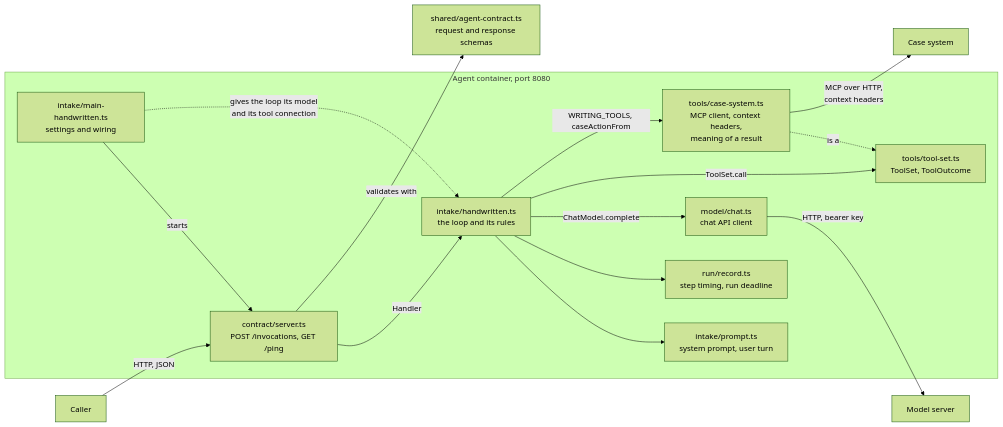
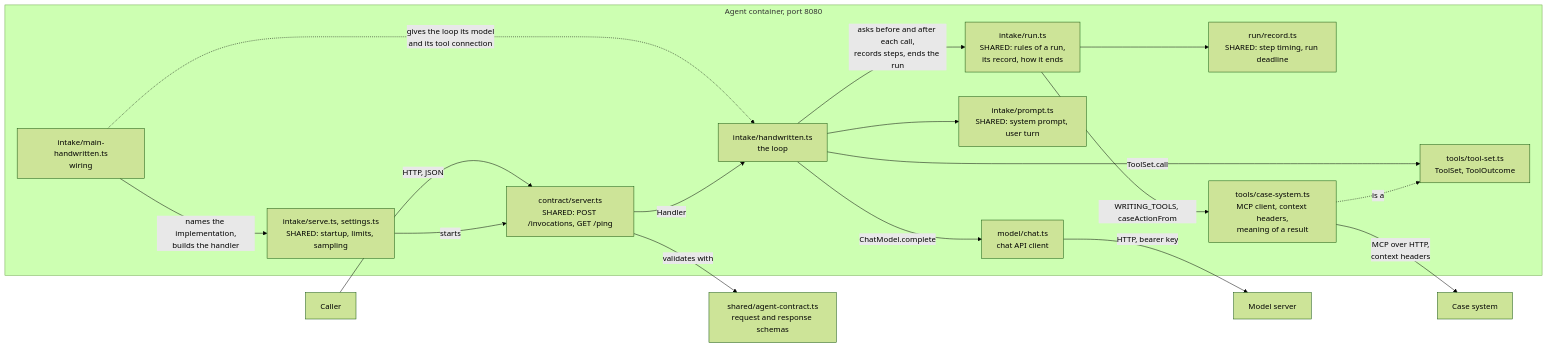
The first of 4 diagrams in docs/architecture/intake-agent-handwritten.md (AndrewPHunter/ai-on-aws), drawn with Mermaid (forest theme) before and after one commit. The commit also changed other lines of this file and 27 other files, not shown here.

````diff
--- a/docs/architecture/intake-agent-handwritten.md
+++ b/docs/architecture/intake-agent-handwritten.md
@@ -20,33 +22,37 @@
 ```mermaid
 flowchart LR
     Caller["Caller"]
 
     subgraph Agent["Agent container, port 8080"]
-        Main["intake/main-handwritten.ts<br/>settings and wiring"]
-        Server["contract/server.ts<br/>POST /invocations, GET /ping"]
-        Loop["intake/handwritten.ts<br/>the loop and its rules"]
-        Prompt["intake/prompt.ts<br/>system prompt, user turn"]
-        Record["run/record.ts<br/>step timing, run deadline"]
+        Main["intake/main-handwritten.ts<br/>wiring"]
+        Serve["intake/serve.ts, settings.ts<br/>SHARED: startup, limits, sampling"]
+        Server["contract/server.ts<br/>SHARED: POST /invocations, GET /ping"]
+        Loop["intake/handwritten.ts<br/>the loop"]
+        Run["intake/run.ts<br/>SHARED: rules of a run,<br/>its record, how it ends"]
+        Prompt["intake/prompt.ts<br/>SHARED: system prompt, user turn"]
+        Record["run/record.ts<br/>SHARED: step timing, run deadline"]
         ToolSet["tools/tool-set.ts<br/>ToolSet, ToolOutcome"]
         CaseTools["tools/case-system.ts<br/>MCP client, context headers,<br/>meaning of a result"]
         Chat["model/chat.ts<br/>chat API client"]
     end
 
     Contract["shared/agent-contract.ts<br/>request and response schemas"]
     Model["Model server"]
     Cases["Case system"]
 
     Caller -->|"HTTP, JSON"| Server
-    Main -->|"starts"| Server
+    Main -->|"names the implementation,<br/>builds the handler"| Serve
+    Serve -->|"starts"| Server
     Main -. "gives the loop its model<br/>and its tool connection" .-> Loop
     Server -->|"Handler"| Loop
     Loop --> Prompt
-    Loop --> Record
+    Loop -->|"asks before and after each call,<br/>records steps, ends the run"| Run
+    Run --> Record
     Loop -->|"ChatModel.complete"| Chat
     Loop -->|"ToolSet.call"| ToolSet
     CaseTools -. "is a" .-> ToolSet
-    Loop -->|"WRITING_TOOLS, caseActionFrom"| CaseTools
+    Run -->|"WRITING_TOOLS, caseActionFrom"| CaseTools
     Server -->|"validates with"| Contract
     Chat -->|"HTTP, bearer key"| Model
     CaseTools -->|"MCP over HTTP,<br/>context headers"| Cases
 ```
````
